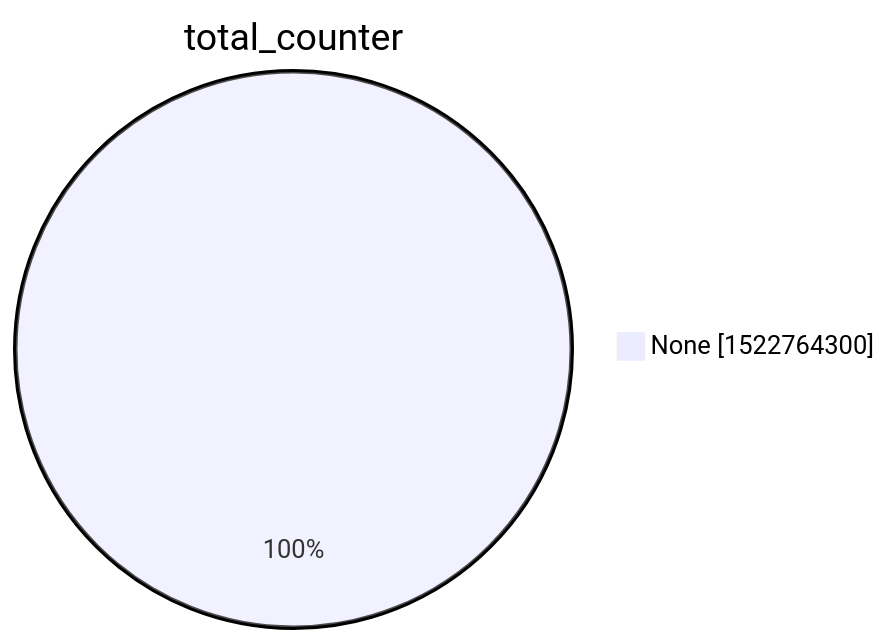
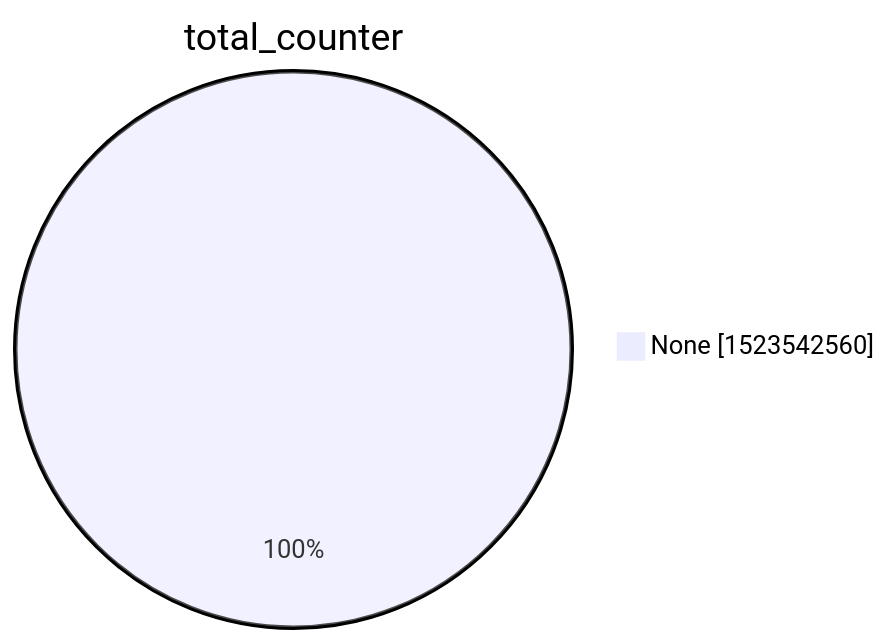
Before and after one commit to christiankrug/ctmonitor_visualization: the second of 15 diagrams in xenon2022/README.md, drawn with Mermaid. The commit also changed other lines of this file, not shown here.

````diff
--- a/xenon2022/README.md
+++ b/xenon2022/README.md
@@ -9,5 +9,5 @@
 ```mermaid
 pie showData
 title total_counter
-"None" :1522764300
+"None" :1523542560
 ```
````
